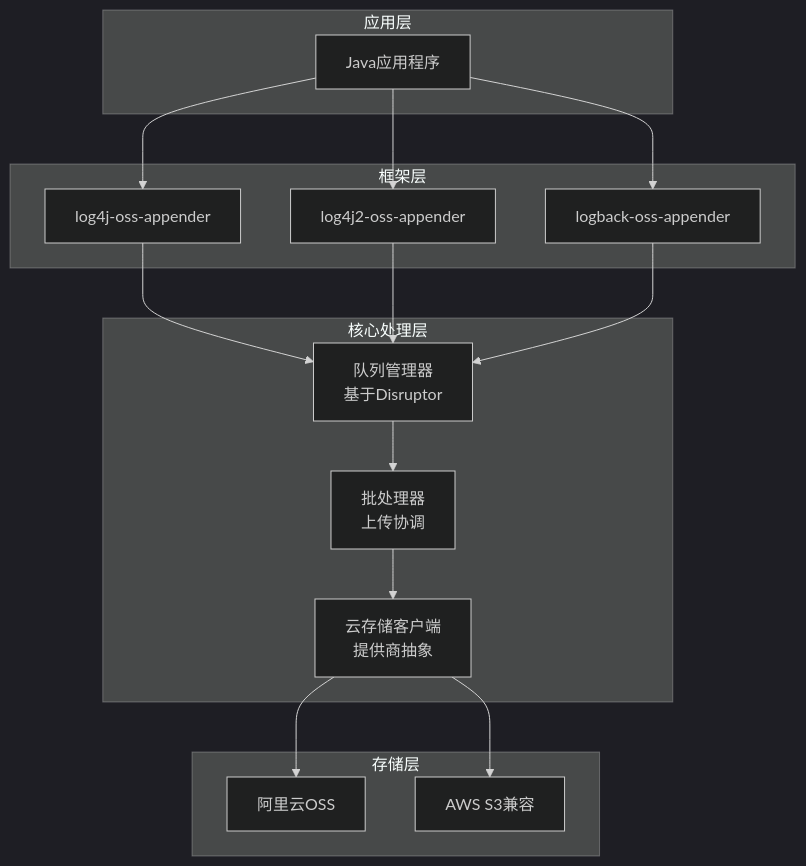
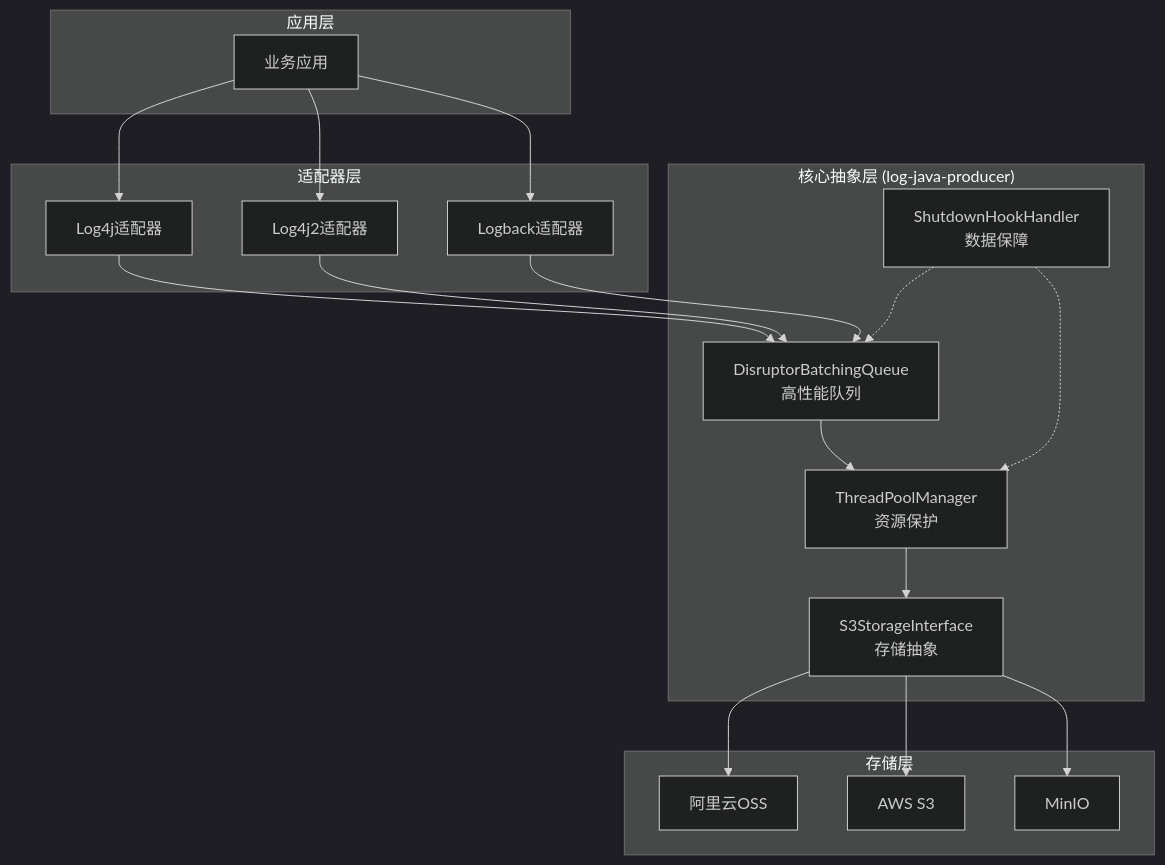
The second of 4 diagrams in docs/architecture.md (kzy77/logx-oss-appender), drawn with Mermaid (dark theme) before and after one commit. The commit also changed other lines of this file and 5 other files, not shown here.

````diff
--- a/docs/architecture.md
+++ b/docs/architecture.md
@@ -244,37 +214,42 @@
 ```mermaid
 graph TD
     subgraph "应用层"
-        APP[Java应用程序]
+        APP[业务应用]
     end
 
-    subgraph "框架层"
-        L4J[log4j-oss-appender]
-        L4J2[log4j2-oss-appender]
-        LB[logback-oss-appender]
+    subgraph "适配器层"
+        L4J[Log4j适配器]
+        L4J2[Log4j2适配器]
+        LB[Logback适配器]
     end
 
-    subgraph "核心处理层"
-        QM[队列管理器<br/>基于Disruptor]
-        BP[批处理器<br/>上传协调]
-        CSC[云存储客户端<br/>提供商抽象]
+    subgraph "核心抽象层 (log-java-producer)"
+        DQ[DisruptorBatchingQueue<br/>高性能队列]
+        TP[ThreadPoolManager<br/>资源保护]
+        SH[ShutdownHookHandler<br/>数据保障]
+        S3I[S3StorageInterface<br/>存储抽象]
     end
 
     subgraph "存储层"
         OSS[阿里云OSS]
-        S3[AWS S3兼容]
+        S3[AWS S3]
+        MIN[MinIO]
     end
 
     APP --> L4J
     APP --> L4J2
     APP --> LB
 
-    L4J --> QM
-    L4J2 --> QM
-    LB --> QM
+    L4J --> DQ
+    L4J2 --> DQ
+    LB --> DQ
 
-    QM --> BP
-    BP --> CSC
+    DQ --> TP
+    TP --> S3I
+    SH -.-> DQ
+    SH -.-> TP
 
-    CSC --> OSS
-    CSC --> S3
+    S3I --> OSS
+    S3I --> S3
+    S3I --> MIN
 ```
````
